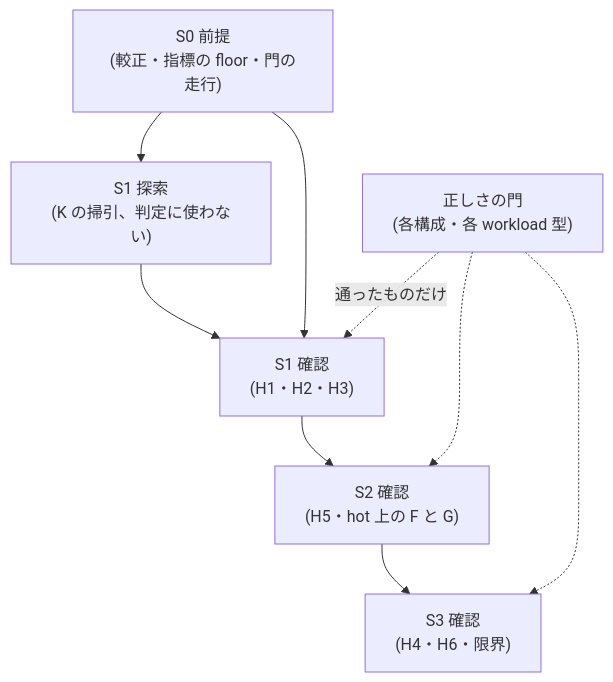
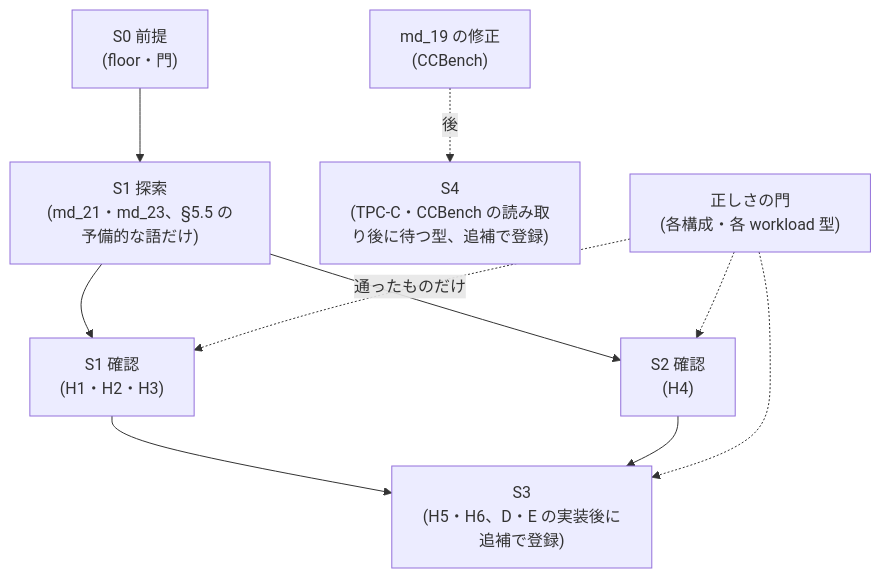
The second of 5 diagrams in docs/vhash-evaluation-preregistration-draft.md (thawk105/izanagi), drawn with Mermaid before and after one commit. The commit also changed other lines of this file and 1 other file, not shown here.

````diff
--- a/docs/vhash-evaluation-preregistration-draft.md
+++ b/docs/vhash-evaluation-preregistration-draft.md
@@ -81,11 +85,12 @@
 ```mermaid
 flowchart TB
-  pre["S0 前提<br/>(較正・指標の floor・門の走行)"] --> s1x["S1 探索<br/>(K の掃引、判定に使わない)"]
-  s1x --> s1c["S1 確認<br/>(H1・H2・H3)"]
-  pre --> s1c
-  s1c --> s2["S2 確認<br/>(H5・hot 上の F と G)"]
-  s2 --> s3["S3 確認<br/>(H4・H6・限界)"]
-  gate["正しさの門<br/>(各構成・各 workload 型)"] -.通ったものだけ.-> s1c
-  gate -.-> s2
+  pre["S0 前提<br/>(floor・門)"] --> x["S1 探索<br/>(md_21・md_23、§5.5 の予備的な語だけ)"]
+  x --> c1["S1 確認<br/>(H1・H2・H3)"]
+  x --> c2["S2 確認<br/>(H4)"]
+  c1 --> s3["S3<br/>(H5・H6、D・E の実装後に追補で登録)"]
+  c2 --> s3
+  fix["md_19 の修正<br/>(CCBench)"] -.後.-> s4["S4<br/>(TPC-C・CCBench の読み取り後に待つ型、追補で登録)"]
+  gate["正しさの門<br/>(各構成・各 workload 型)"] -.通ったものだけ.-> c1
+  gate -.-> c2
   gate -.-> s3
 ```
````
